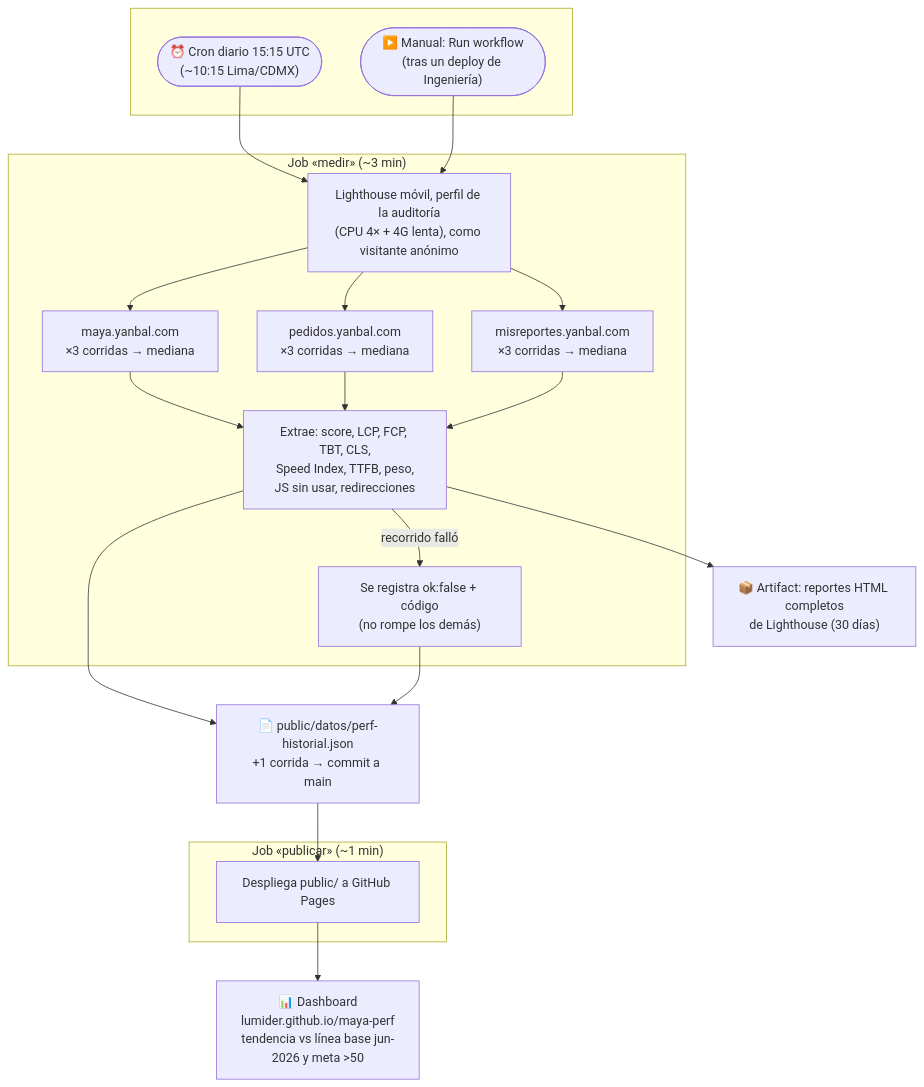
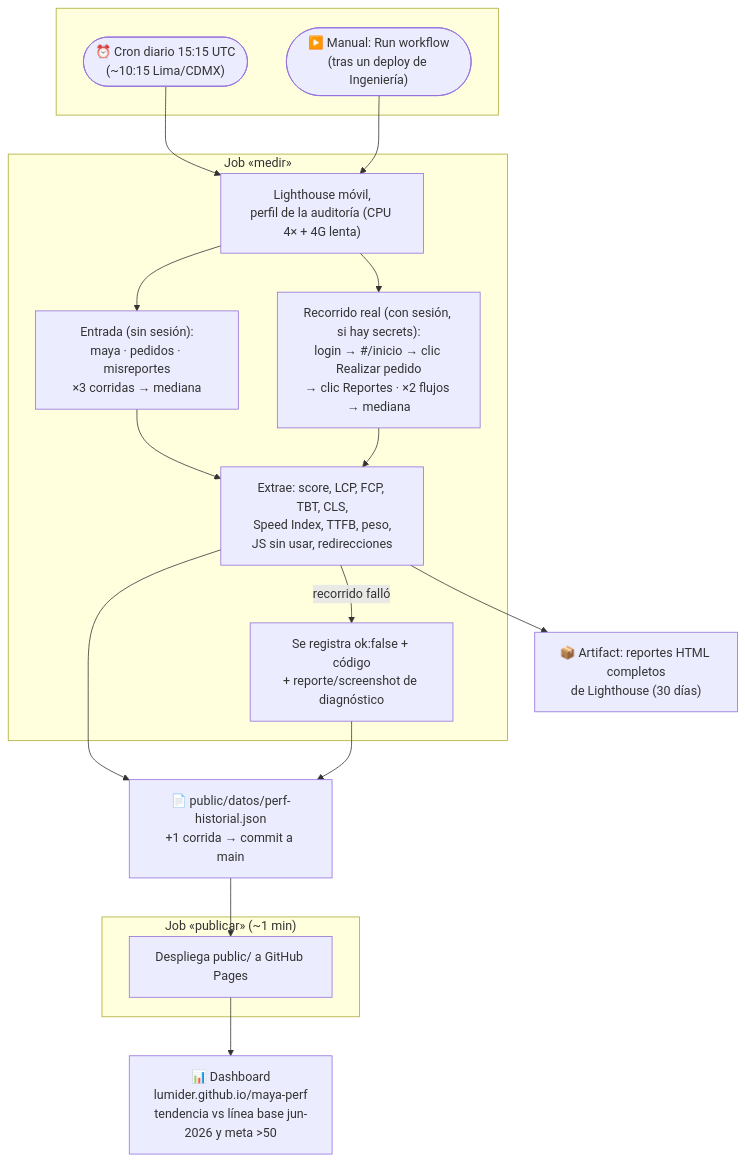
One commit to Lumider/maya-perf changed the diagram in README.md. Above: the diagram before and after it, drawn with Mermaid. The commit also changed other lines of this file and 8 other files, not shown here.

First line of the commit message:
Flujo autenticado del recorrido real (apagado hasta tener secrets) + diagnóstico de fallos

````diff
--- a/README.md
+++ b/README.md
@@ -31,31 +37,30 @@
 ```mermaid
 flowchart TB
   subgraph disparo [" "]
     CRON(["⏰ Cron diario 15:15 UTC<br/>(~10:15 Lima/CDMX)"])
     MANUAL(["▶️ Manual: Run workflow<br/>(tras un deploy de Ingeniería)"])
   end
 
   CRON --> MEDIR
   MANUAL --> MEDIR
 
-  subgraph medir ["Job «medir» (~3 min)"]
-    MEDIR["Lighthouse móvil, perfil de la auditoría<br/>(CPU 4× + 4G lenta), como visitante anónimo"]
-    MEDIR --> R1["maya.yanbal.com<br/>×3 corridas → mediana"]
-    MEDIR --> R2["pedidos.yanbal.com<br/>×3 corridas → mediana"]
-    MEDIR --> R3["misreportes.yanbal.com<br/>×3 corridas → mediana"]
-    R1 & R2 & R3 --> EXTRAE["Extrae: score, LCP, FCP, TBT, CLS,<br/>Speed Index, TTFB, peso,<br/>JS sin usar, redirecciones"]
-    EXTRAE -->|"recorrido falló"| ERR["Se registra ok:false + código<br/>(no rompe los demás)"]
+  subgraph medir ["Job «medir»"]
+    MEDIR["Lighthouse móvil,<br/>perfil de la auditoría (CPU 4× + 4G lenta)"]
+    MEDIR --> ANON["Entrada (sin sesión):<br/>maya · pedidos · misreportes<br/>×3 corridas → mediana"]
+    MEDIR --> SES["Recorrido real (con sesión, si hay secrets):<br/>login → #/inicio → clic Realizar pedido<br/>→ clic Reportes · ×2 flujos → mediana"]
+    ANON & SES --> EXTRAE["Extrae: score, LCP, FCP, TBT, CLS,<br/>Speed Index, TTFB, peso,<br/>JS sin usar, redirecciones"]
+    EXTRAE -->|"recorrido falló"| ERR["Se registra ok:false + código<br/>+ reporte/screenshot de diagnóstico"]
   end
 
   EXTRAE --> HIST["📄 public/datos/perf-historial.json<br/>+1 corrida → commit a main"]
   ERR --> HIST
   EXTRAE --> ART["📦 Artifact: reportes HTML completos<br/>de Lighthouse (30 días)"]
 
   HIST --> PUB
 
   subgraph publicar ["Job «publicar» (~1 min)"]
     PUB["Despliega public/ a GitHub Pages"]
   end
 
   PUB --> DASH["📊 Dashboard<br/>lumider.github.io/maya-perf<br/>tendencia vs línea base jun-2026 y meta >50"]
 ```
````
